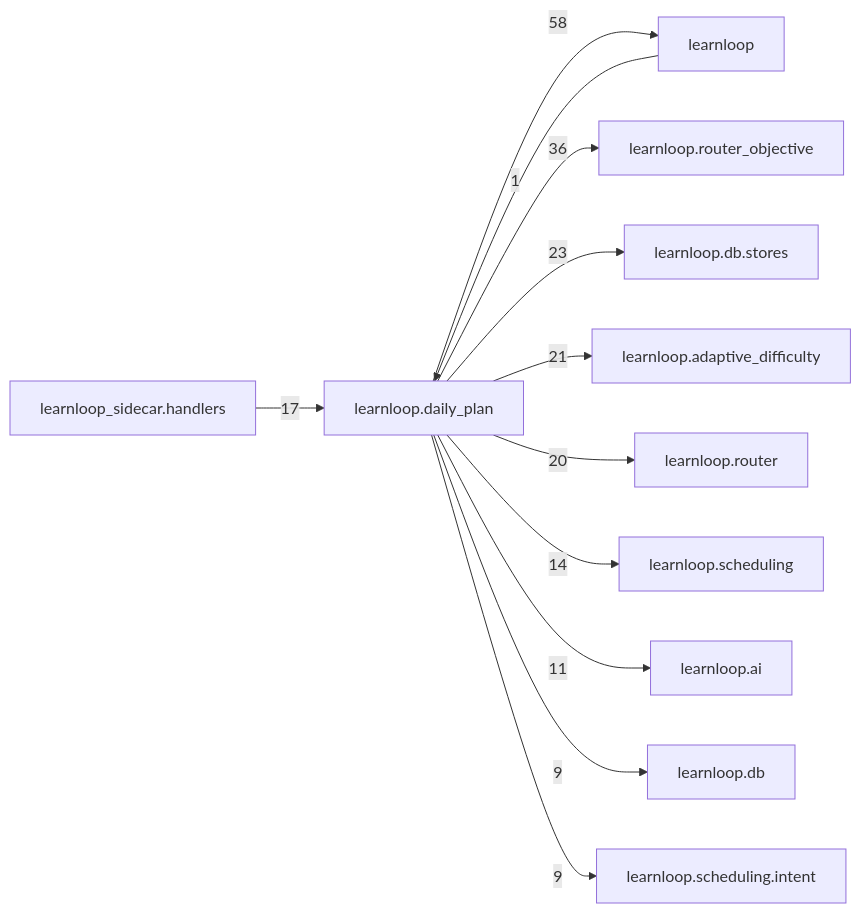
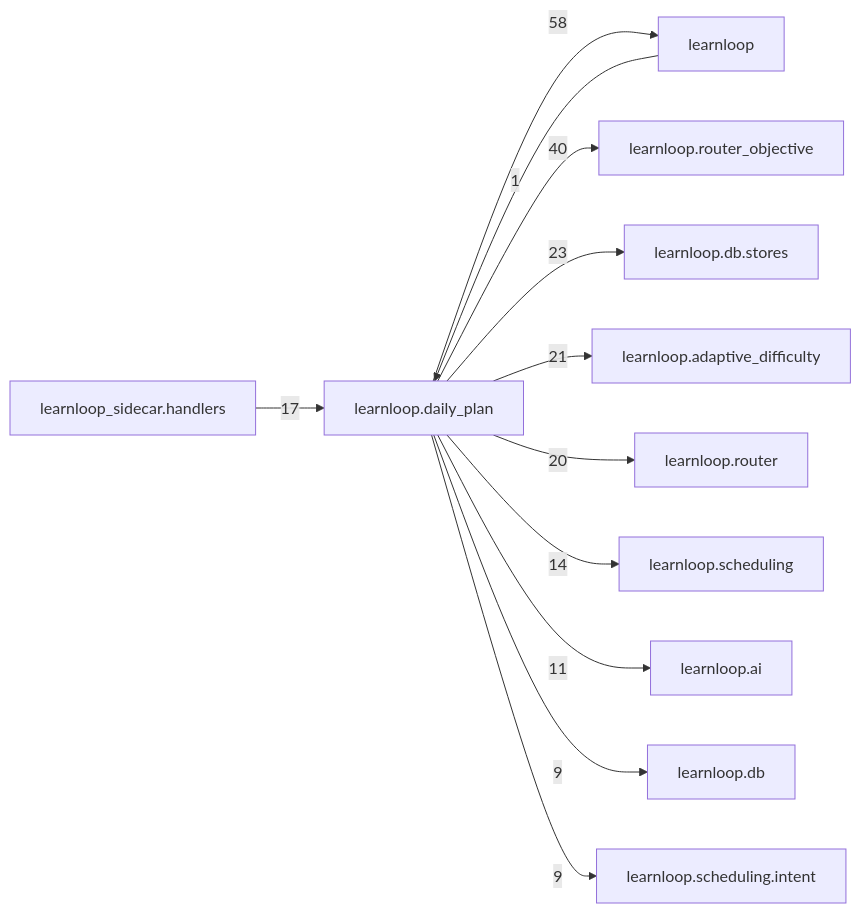
The diagram in docs/learnloop-architecture-vault/Reference/Modules/learnloop/daily_plan/_package.md (6up-b/learnanything), drawn with Mermaid before and after one commit. The commit also changed other lines of this file and 22 other files, not shown here.

````diff
--- a/docs/learnloop-architecture-vault/Reference/Modules/learnloop/daily_plan/_package.md
+++ b/docs/learnloop-architecture-vault/Reference/Modules/learnloop/daily_plan/_package.md
@@ -168,25 +168,25 @@
 ```mermaid
 flowchart LR
     center["learnloop.daily_plan"]
     n_learnloop["learnloop"]
     n_learnloop_router_objective["learnloop.router_objective"]
     n_learnloop_db_stores["learnloop.db.stores"]
     n_learnloop_adaptive_difficulty["learnloop.adaptive_difficulty"]
     n_learnloop_router["learnloop.router"]
     n_learnloop_sidecar_handlers["learnloop_sidecar.handlers"]
     n_learnloop_scheduling["learnloop.scheduling"]
     n_learnloop_ai["learnloop.ai"]
     n_learnloop_db["learnloop.db"]
     n_learnloop_scheduling_intent["learnloop.scheduling.intent"]
     n_learnloop -->|1| center
     center -->|58| n_learnloop
-    center -->|36| n_learnloop_router_objective
+    center -->|40| n_learnloop_router_objective
     center -->|23| n_learnloop_db_stores
     center -->|21| n_learnloop_adaptive_difficulty
     center -->|20| n_learnloop_router
     n_learnloop_sidecar_handlers -->|17| center
     center -->|14| n_learnloop_scheduling
     center -->|11| n_learnloop_ai
     center -->|9| n_learnloop_db
     center -->|9| n_learnloop_scheduling_intent
 ```
````
